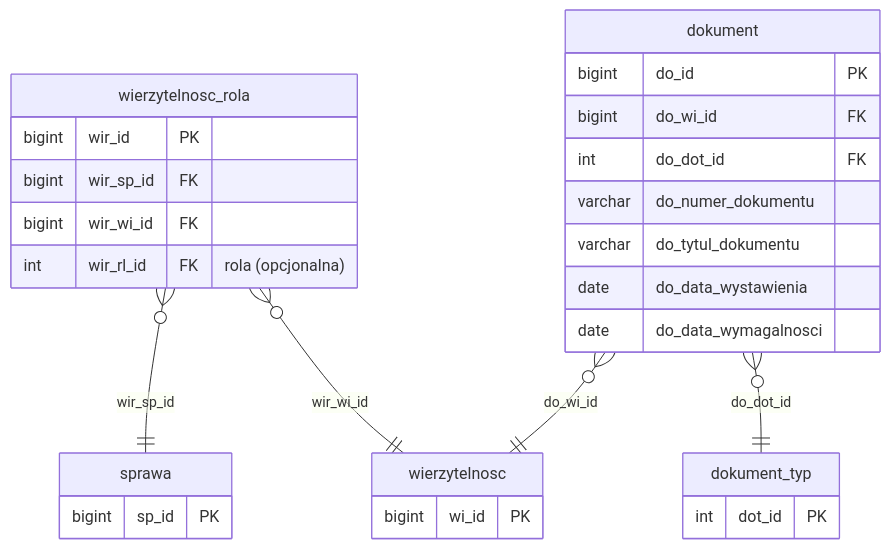
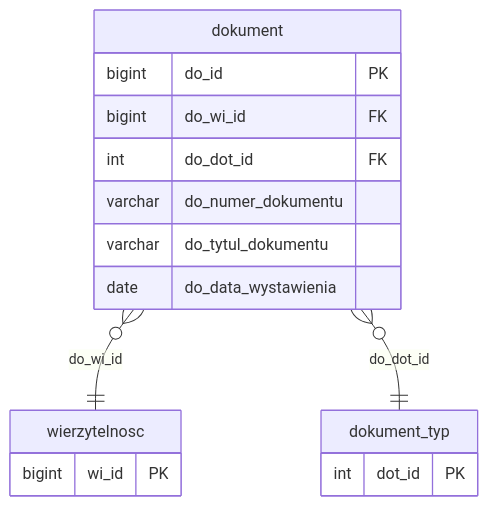
The diagram in docs/struktura-stagingu/role-wierzytelnosci-i-dokumenty.md (oskar-bialek-bakk/intrum-migration-docs), drawn with Mermaid before and after one commit. The commit also changed other lines of this file and 15 other files, not shown here.

````diff
--- a/docs/struktura-stagingu/role-wierzytelnosci-i-dokumenty.md
+++ b/docs/struktura-stagingu/role-wierzytelnosci-i-dokumenty.md
@@ -22,36 +22,22 @@
 ```mermaid
 erDiagram
-    sprawa {
-        bigint  sp_id    PK
-    }
-
     wierzytelnosc {
         bigint  wi_id    PK
     }
 
     dokument_typ {
         int     dot_id   PK
-    }
-
-    wierzytelnosc_rola {
-        bigint  wir_id          PK
-        bigint  wir_sp_id       FK
-        bigint  wir_wi_id       FK
-        int     wir_rl_id       FK   "rola (opcjonalna)"
     }
 
     dokument {
         bigint  do_id                   PK
         bigint  do_wi_id                FK
         int     do_dot_id               FK
         varchar do_numer_dokumentu
         varchar do_tytul_dokumentu
         date    do_data_wystawienia
-        date    do_data_wymagalnosci
     }
 
-    wierzytelnosc_rola  }o--||  sprawa         : "wir_sp_id"
-    wierzytelnosc_rola  }o--||  wierzytelnosc  : "wir_wi_id"
     dokument            }o--||  wierzytelnosc  : "do_wi_id"
     dokument            }o--||  dokument_typ   : "do_dot_id"
 ```
````
